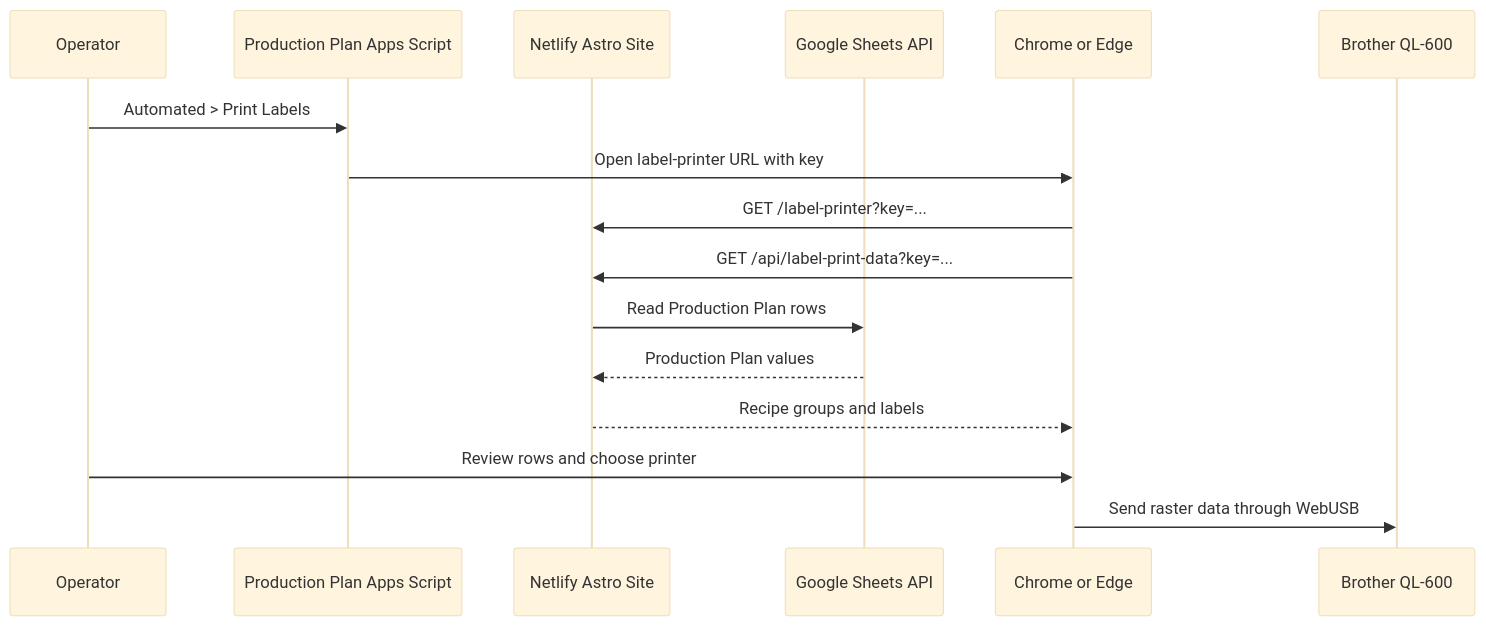
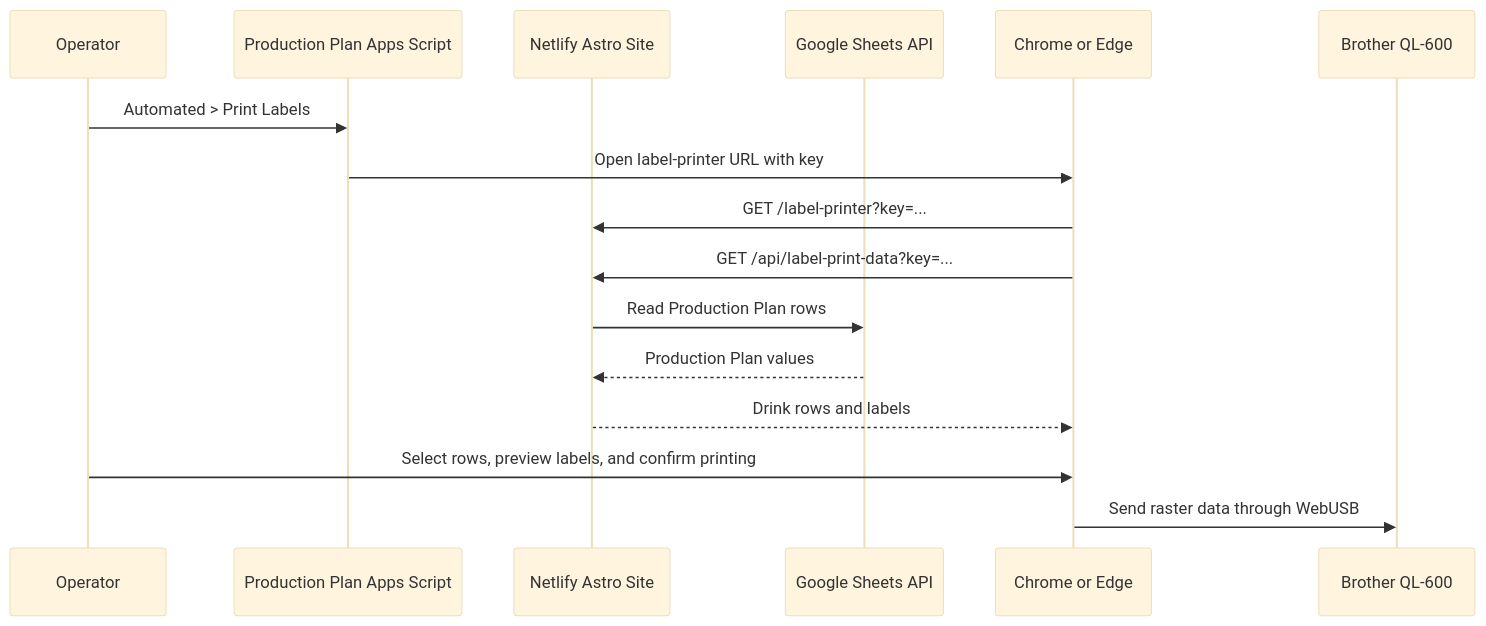
One commit to Orble-Tea/orble-site changed the diagram in label-printing/WEBUSB_SETUP.md. Above: the diagram before and after it, drawn with Mermaid (base theme). The commit also changed other lines of this file and 18 other files, not shown here.

Commit message:
Address label printer review with full preview and simplified data

````diff
--- a/label-printing/WEBUSB_SETUP.md
+++ b/label-printing/WEBUSB_SETUP.md
@@ -9,19 +9,19 @@
 ```mermaid
 sequenceDiagram
   participant Operator
   participant AppsScript as Production Plan Apps Script
   participant Site as Netlify Astro Site
   participant Sheets as Google Sheets API
   participant Browser as Chrome or Edge
   participant Printer as Brother QL-600
 
   Operator->>AppsScript: Automated > Print Labels
   AppsScript->>Browser: Open label-printer URL with key
   Browser->>Site: GET /label-printer?key=...
   Browser->>Site: GET /api/label-print-data?key=...
   Site->>Sheets: Read Production Plan rows
   Sheets-->>Site: Production Plan values
-  Site-->>Browser: Recipe groups and labels
-  Operator->>Browser: Review rows and choose printer
+  Site-->>Browser: Drink rows and labels
+  Operator->>Browser: Select rows, preview labels, and confirm printing
   Browser->>Printer: Send raster data through WebUSB
 ```
````
